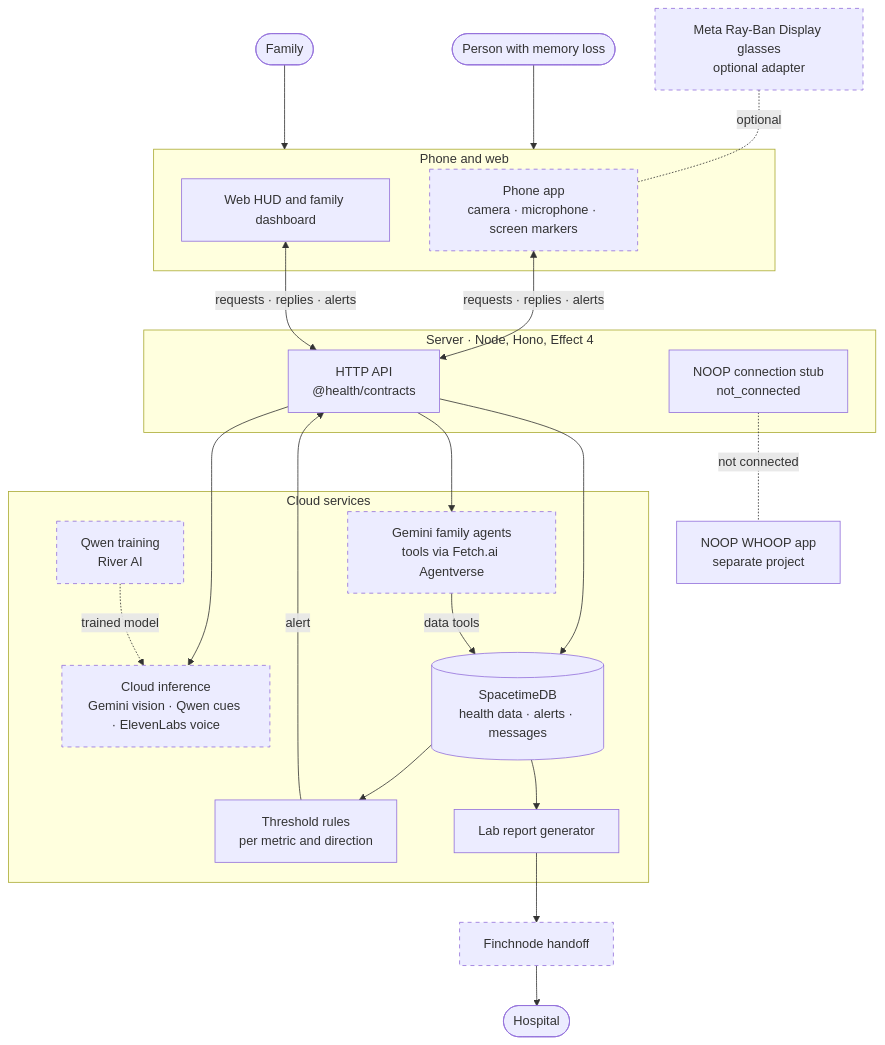
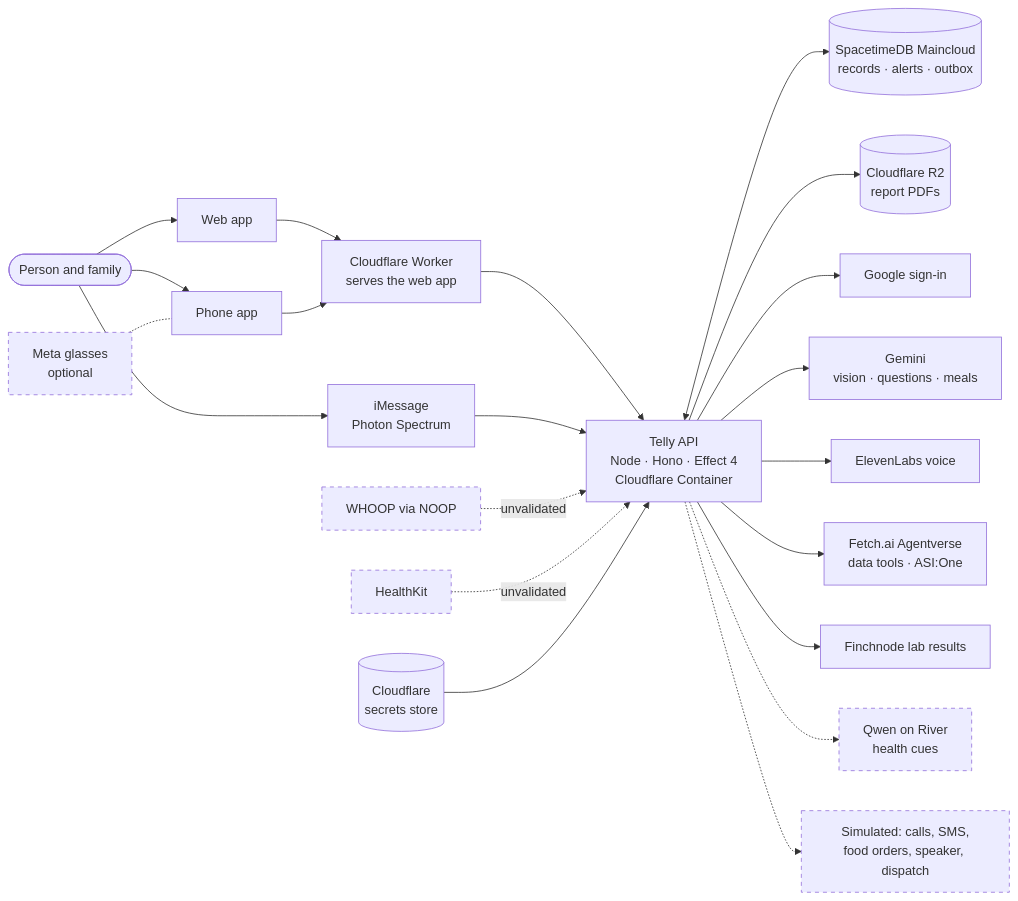
Before and after one commit to 42nights/telly: the diagram in README.md, drawn with Mermaid. The commit also changed other lines of this file, not shown here.

First line of the commit message:
docs(readme): rewrite with provider usage, proof, and a current diagram

````diff
--- a/README.md
+++ b/README.md
@@ -214,43 +32,36 @@
 ```mermaid
-flowchart TB
-    person(["Person with memory loss"])
-    family(["Family"])
-    glasses["Meta Ray-Ban Display glasses<br/>optional adapter"]
+flowchart LR
+    users(["Person and family"])
+    web["Web app"]
+    phone["Phone app"]
+    imsg["iMessage<br/>Photon Spectrum"]
+    glasses["Meta glasses<br/>optional"]
+    noop["WHOOP via NOOP"]
+    hk["HealthKit"]
+    worker["Cloudflare Worker<br/>serves the web app"]
+    api["Telly API<br/>Node · Hono · Effect 4<br/>Cloudflare Container"]
+    secrets[("Cloudflare<br/>secrets store")]
+    db[("SpacetimeDB Maincloud<br/>records · alerts · outbox")]
+    r2[("Cloudflare R2<br/>report PDFs")]
+    google["Google sign-in"]
+    gemini["Gemini<br/>vision · questions · meals"]
+    eleven["ElevenLabs voice"]
+    fetch["Fetch.ai Agentverse<br/>data tools · ASI:One"]
+    finch["Finchnode lab results"]
+    qwen["Qwen on River<br/>health cues"]
+    sim["Simulated: calls, SMS,<br/>food orders, speaker, dispatch"]
 
-    subgraph clients ["Phone and web"]
-        phone["Phone app<br/>camera · microphone · screen markers"]
-        web["Web HUD and family dashboard"]
-    end
+    users --> web & phone & imsg
+    glasses -.- phone
+    web & phone --> worker --> api
+    imsg --> api
+    noop & hk -.->|"unvalidated"| api
+    secrets --> api
+    api <--> db
+    api --> r2
+    api --> google & gemini & eleven & fetch & finch
+    api -.-> qwen & sim
 
-    subgraph server ["Server · Node, Hono, Effect 4"]
-        api["HTTP API<br/>@health/contracts"]
-        stub["NOOP connection stub<br/>not_connected"]
-    end
-    noop["NOOP WHOOP app<br/>separate project"]
-
-    subgraph services ["Cloud services"]
-        ai["Cloud inference<br/>Gemini vision · Qwen cues · ElevenLabs voice"]
-        agents["Gemini family agents<br/>tools via Fetch.ai Agentverse"]
-        db[("SpacetimeDB<br/>health data · alerts · messages")]
-        rules["Threshold rules<br/>per metric and direction"]
-        reports["Lab report generator"]
-        river["Qwen training<br/>River AI"]
-    end
-
-    finch["Finchnode handoff"]
-    hospital(["Hospital"])
-
-    person & family --> clients
-    glasses -. "optional" .- phone
-    phone & web <-- "requests · replies · alerts" --> api
-    stub -. "not connected" .- noop
-    api --> ai & agents & db
-    river -. "trained model" .-> ai
-    agents -- "data tools" --> db
-    db --> rules & reports
-    rules -- "alert" --> api
-    reports --> finch --> hospital
-
-    classDef planned stroke-dasharray: 5 5
-    class glasses,phone,ai,agents,river,finch planned
+    classDef dashed stroke-dasharray: 5 5
+    class glasses,qwen,noop,hk,sim dashed
 ```
````
